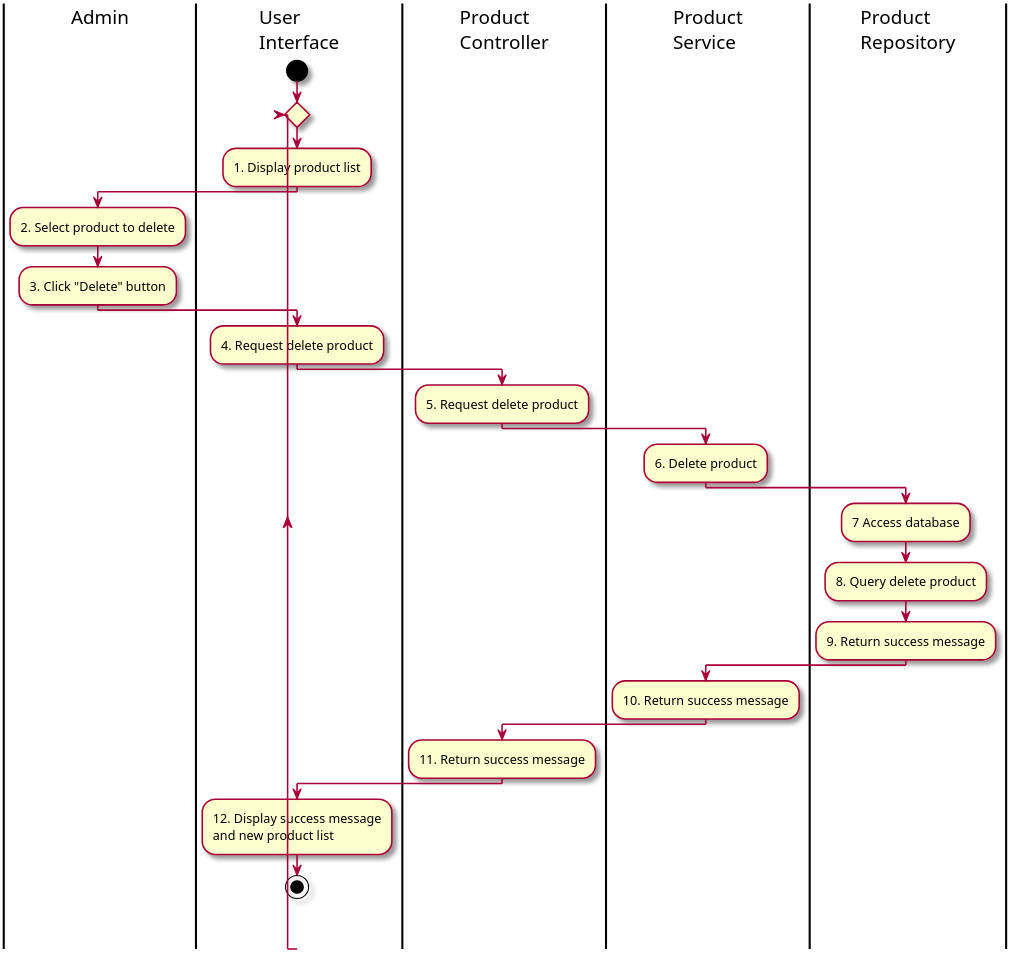
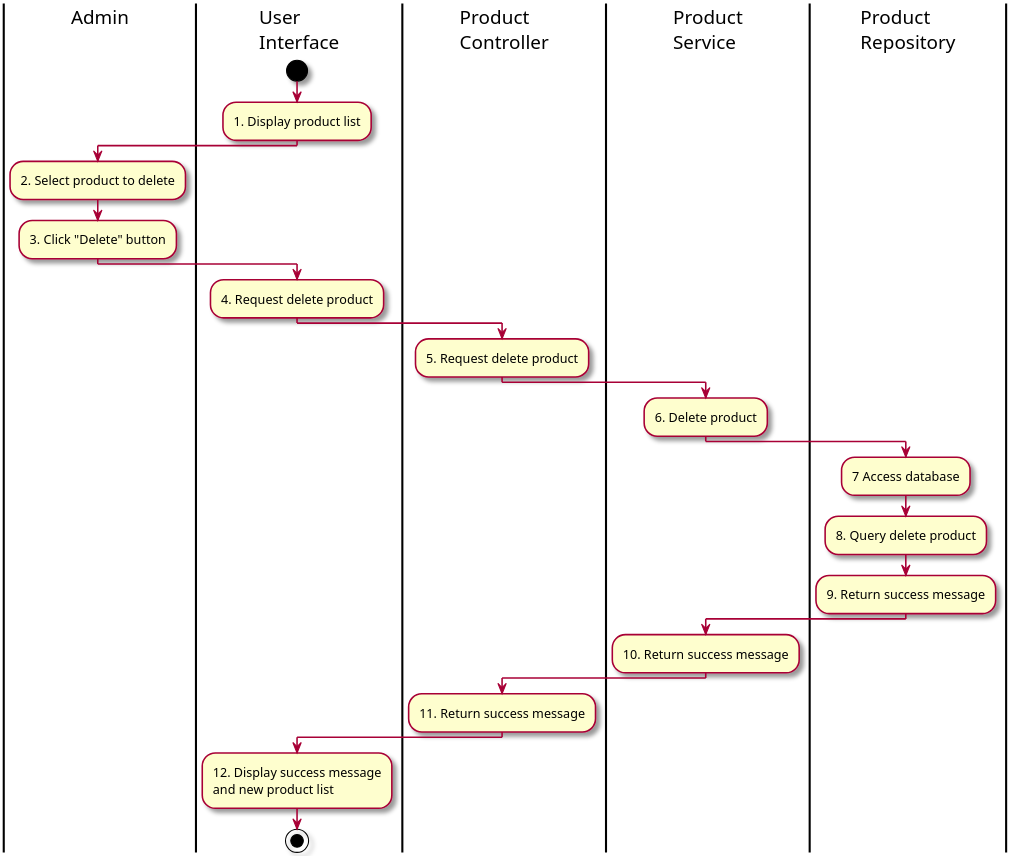
One commit to Marowota/ecommerce-plantuml changed the diagram in Activity/1. ManageProduct/1.4. ActDeleteProduct.puml. Above: the diagram before and after it, drawn with PlantUML. The commit also changed 6 other files, not shown here.

```diff
--- a/Activity/1. ManageProduct/1.4. ActDeleteProduct.puml
+++ b/Activity/1. ManageProduct/1.4. ActDeleteProduct.puml
@@ -1,36 +1,35 @@
 @startuml ActDeleteProduct
 
 skin rose
 scale 3
 
 |Admin|
 |User\nInterface|
 |Product\nController|
 |Product\nService|
 |Product\nRepository|
 |User\nInterface|
 start
-repeat
 :1. Display product list;
 |Admin|
 :2. Select product to delete;
 :3. Click "Delete" button;
 |User\nInterface|
 :4. Request delete product;
 |Product\nController|
 :5. Request delete product;
 |Product\nService|
 :6. Delete product;
 |Product\nRepository|
 :7 Access database;
 :8. Query delete product;
 :9. Return success message;
 |Product\nService|
 :10. Return success message;
 |Product\nController|
 :11. Return success message;
 |User\nInterface|
 :12. Display success message\nand new product list;
 stop
 
 @enduml
```
